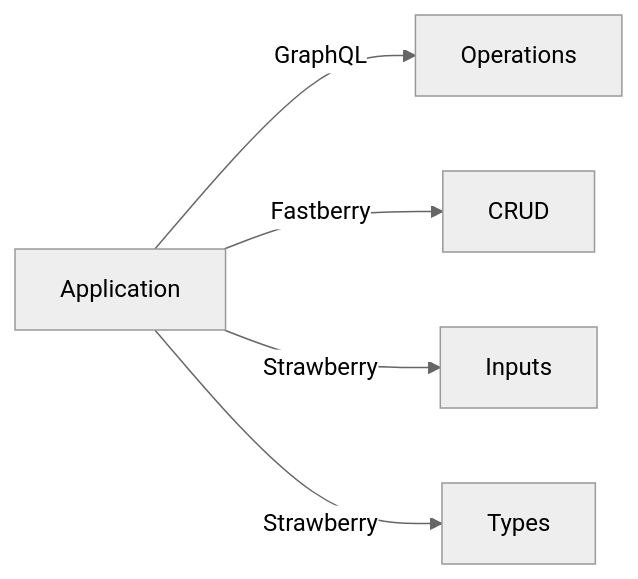
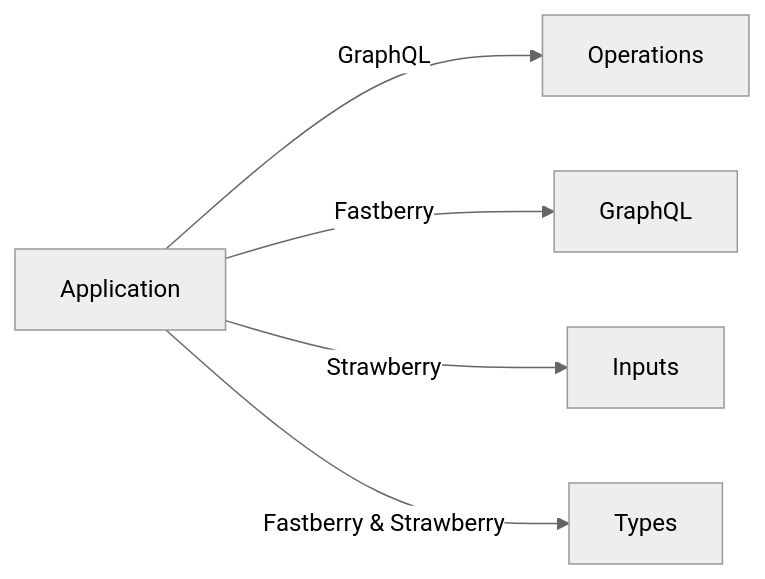
Before and after one commit to hlop3z/fastberry: the first of 4 diagrams in docs/docs/applications.md, drawn with Mermaid (neutral theme). The commit also changed other lines of this file and 29 other files, not shown here.

````diff
--- a/docs/docs/applications.md
+++ b/docs/docs/applications.md
@@ -48,7 +48,7 @@
     ``` mermaid
     graph LR;
         A[Application] --> |GraphQL| B[Operations];
-        A --> |Fastberry| C[CRUD];
+        A --> |Fastberry| C[GraphQL];
         A --> |Strawberry| D[Inputs];
-        A --> |Strawberry| E[Types];
+        A --> |Fastberry & Strawberry| E[Types];
     ```
````
